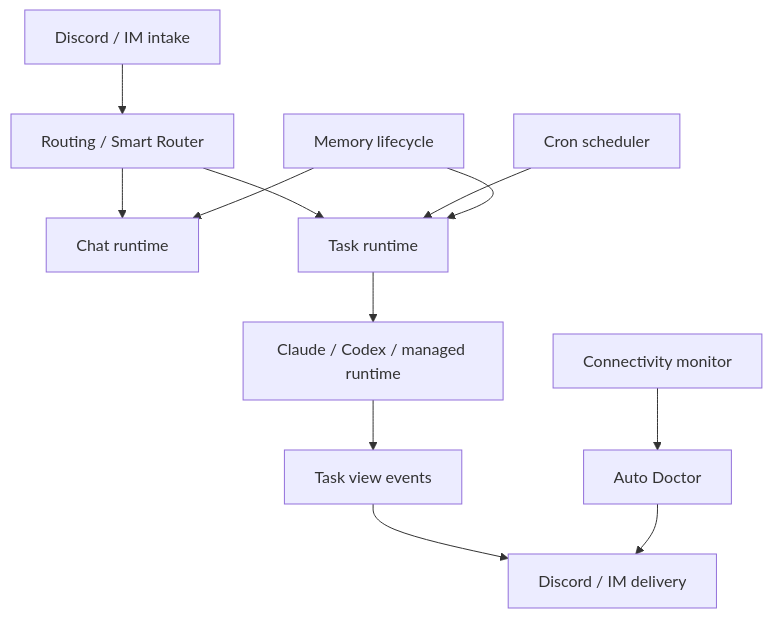
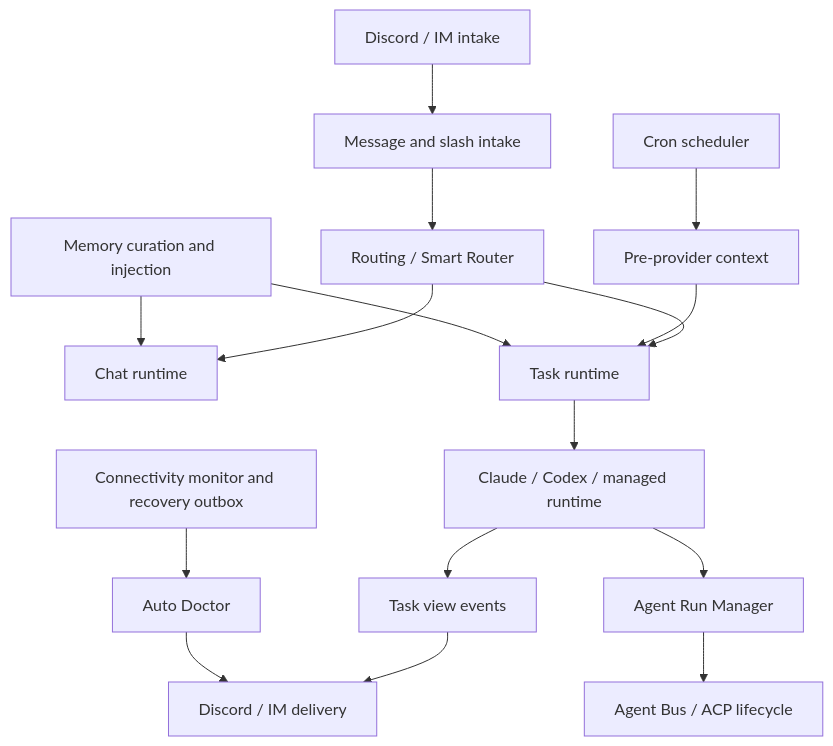
One commit to yuanyunfan/miniclaw changed the first of 3 diagrams in docs/runtime/README.md. Above: the diagram before and after it, drawn with Mermaid. The commit also changed other lines of this file and 49 other files, not shown here.

````diff
--- a/docs/runtime/README.md
+++ b/docs/runtime/README.md
@@ -7,14 +7,18 @@
 ```mermaid
 flowchart TD
-  Discord[Discord / IM intake] --> Router[Routing / Smart Router]
+  Discord[Discord / IM intake] --> Intake[Message and slash intake]
+  Intake --> Router[Routing / Smart Router]
   Router --> Chat[Chat runtime]
   Router --> Task[Task runtime]
-  Cron[Cron scheduler] --> Task
+  Cron[Cron scheduler] --> ProviderContext[Pre-provider context]
+  ProviderContext --> Task
   Task --> AgentRuntime[Claude / Codex / managed runtime]
-  AgentRuntime --> TaskView[Task view events]
-  TaskView --> Delivery[Discord / IM delivery]
-  Memory[Memory lifecycle] --> Chat
+  AgentRuntime --> TaskEvents[Task view events]
+  TaskEvents --> Delivery[Discord / IM delivery]
+  Memory[Memory curation and injection] --> Chat
   Memory --> Task
-  Connectivity[Connectivity monitor] --> Ops[Auto Doctor]
+  Connectivity[Connectivity monitor and recovery outbox] --> Ops[Auto Doctor]
   Ops --> Delivery
+  AgentRuntime --> Manager[Agent Run Manager]
+  Manager --> AgentBus[Agent Bus / ACP lifecycle]
 ```
````
